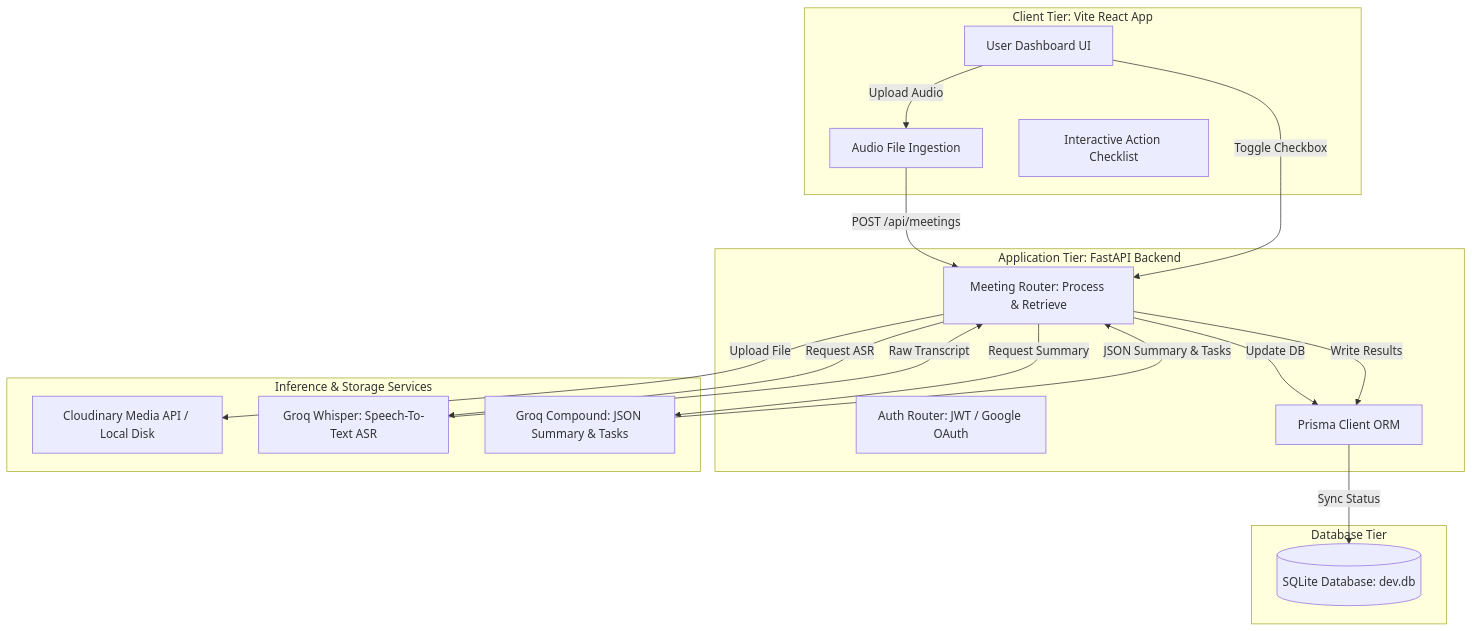
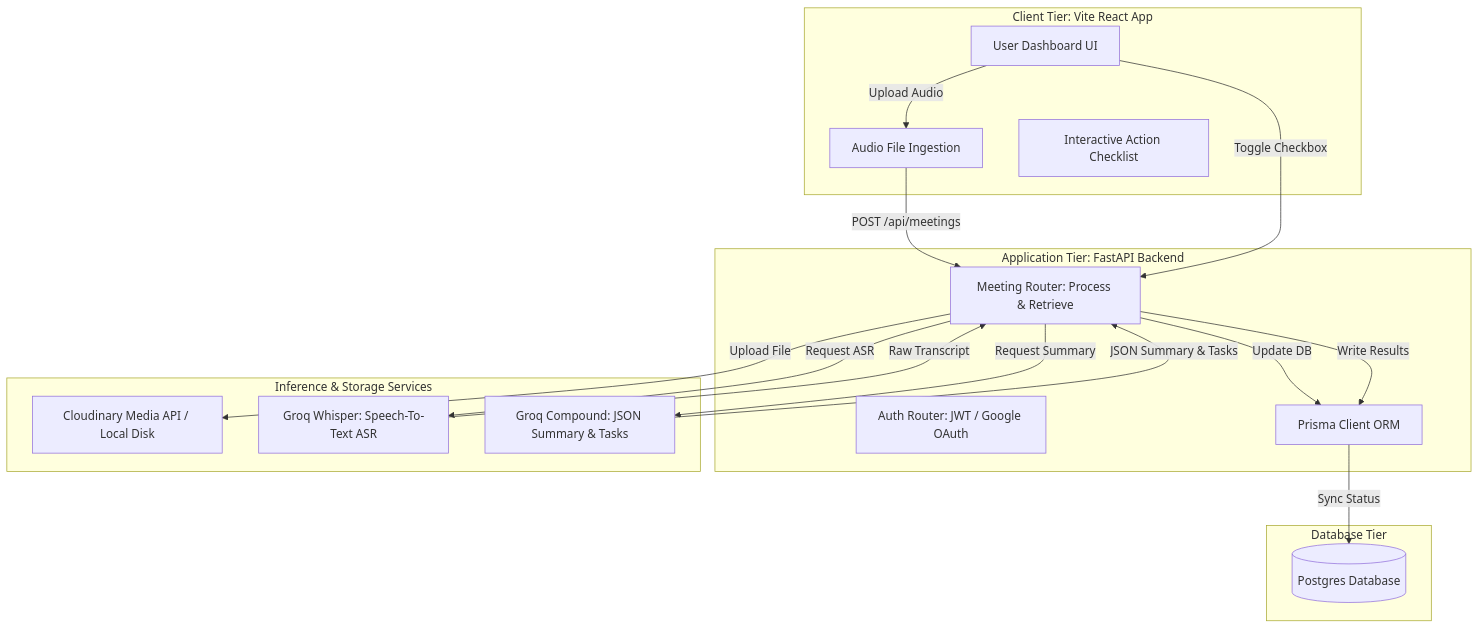
Before and after one commit to arpandey1405/Minutely: the diagram in README.md, drawn with Mermaid. The commit also changed other lines of this file and 12 other files, not shown here.

````diff
--- a/README.md
+++ b/README.md
@@ -9,41 +9,41 @@
 ```mermaid
 graph TD
     subgraph Client [Client Tier: Vite React App]
         UI[User Dashboard UI]
         Uploader[Audio File Ingestion]
         Checklist[Interactive Action Checklist]
     end
 
     subgraph API [Application Tier: FastAPI Backend]
         AuthRouter[Auth Router: JWT / Google OAuth]
         MeetRouter[Meeting Router: Process & Retrieve]
         Prisma[Prisma Client ORM]
     end
 
     subgraph External [Inference & Storage Services]
         Cloudinary[Cloudinary Media API / Local Disk]
         GroqWhisper[Groq Whisper: Speech-To-Text ASR]
         GroqLLM[Groq Compound: JSON Summary & Tasks]
     end
 
     subgraph DB [Database Tier]
-        SQLite[(SQLite Database: dev.db)]
+        Postgres[(Postgres Database)]
     end
 
     %% Client Interactions
     UI -->|Upload Audio| Uploader
     Uploader -->|POST /api/meetings| MeetRouter
     UI -->|Toggle Checkbox| MeetRouter
     MeetRouter -->|Update DB| Prisma
-    Prisma -->|Sync Status| SQLite
+    Prisma -->|Sync Status| Postgres
 
     %% Backend Pipeline Flow
     MeetRouter -->|Upload File| Cloudinary
     MeetRouter -->|Request ASR| GroqWhisper
     MeetRouter -->|Request Summary| GroqLLM
     
     %% Response Routing
     GroqWhisper -->|Raw Transcript| MeetRouter
     GroqLLM -->|JSON Summary & Tasks| MeetRouter
     MeetRouter -->|Write Results| Prisma
 ```
````
